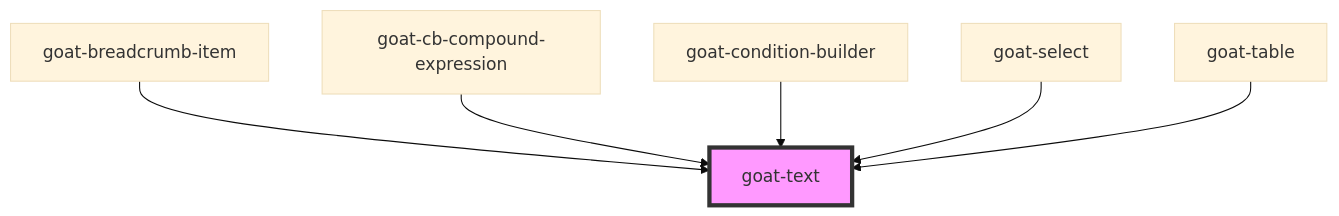
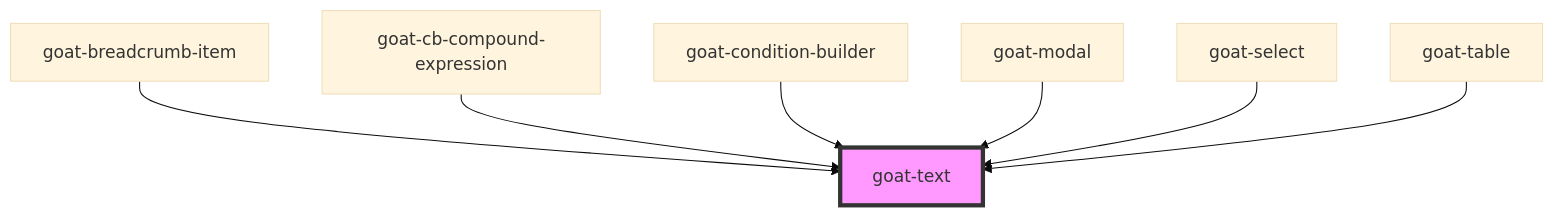
The diagram in src/components/general/text/readme.md (goatui/components), drawn with Mermaid (base theme) before and after one commit. The commit also changed other lines of this file and 14 other files, not shown here.

````diff
--- a/src/components/general/text/readme.md
+++ b/src/components/general/text/readme.md
@@ -32,9 +33,10 @@
 ```mermaid
 graph TD;
   goat-breadcrumb-item --> goat-text
   goat-cb-compound-expression --> goat-text
   goat-condition-builder --> goat-text
+  goat-modal --> goat-text
   goat-select --> goat-text
   goat-table --> goat-text
   style goat-text fill:#f9f,stroke:#333,stroke-width:4px
 ```
````
